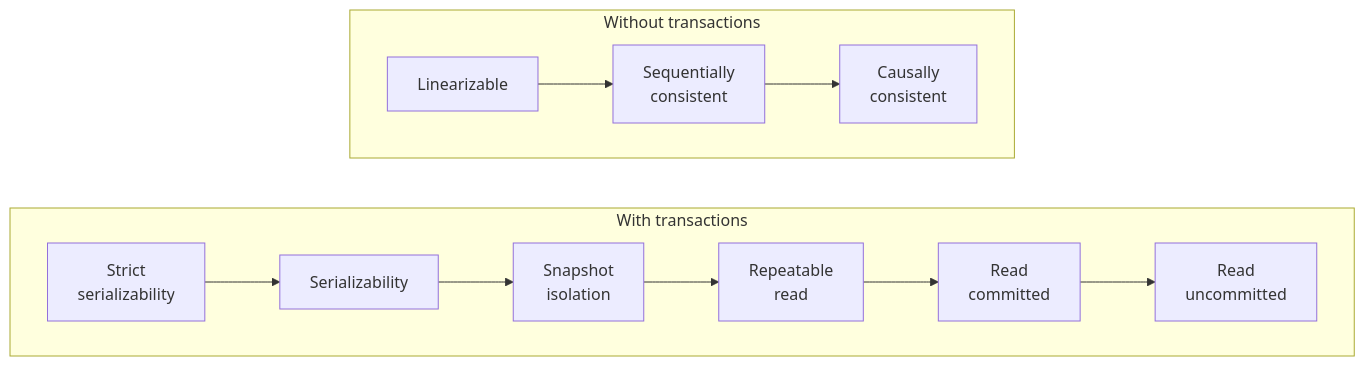
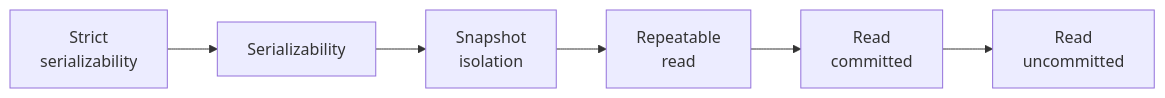
The sixth of 9 diagrams in posts/dist-sys-challenges.md (rcya1/personal-website), drawn with Mermaid before and after one commit. The commit also changed other lines of this file and 7 other files, not shown here.

````diff
--- a/posts/dist-sys-challenges.md
+++ b/posts/dist-sys-challenges.md
@@ -206,12 +213,4 @@
 ```mermaid
-flowchart TB
-    subgraph noTxn ["Without transactions"]
-        direction LR
-        L["Linearizable"] --> S["Sequentially<br/>consistent"] --> C["Causally<br/>consistent"]
-    end
-    subgraph txn ["With transactions"]
-        direction LR
-        SS["Strict<br/>serializability"] --> SER["Serializability"] --> SI["Snapshot<br/>isolation"] --> RR["Repeatable<br/>read"] --> RC["Read<br/>committed"] --> RU["Read<br/>uncommitted"]
-    end
-    noTxn ~~~ txn
+flowchart LR
+    SS["Strict<br/>serializability"] --> SER["Serializability"] --> SI["Snapshot<br/>isolation"] --> RR["Repeatable<br/>read"] --> RC["Read<br/>committed"] --> RU["Read<br/>uncommitted"]
 ```
````
